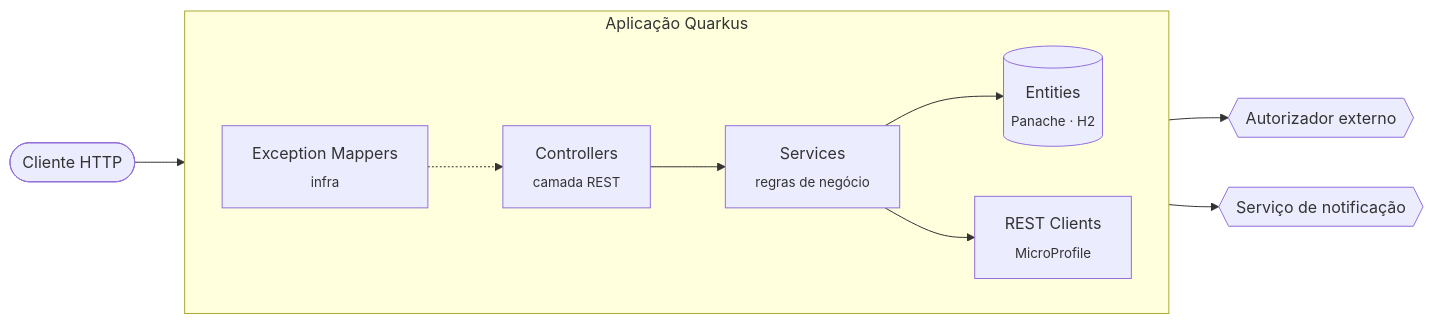
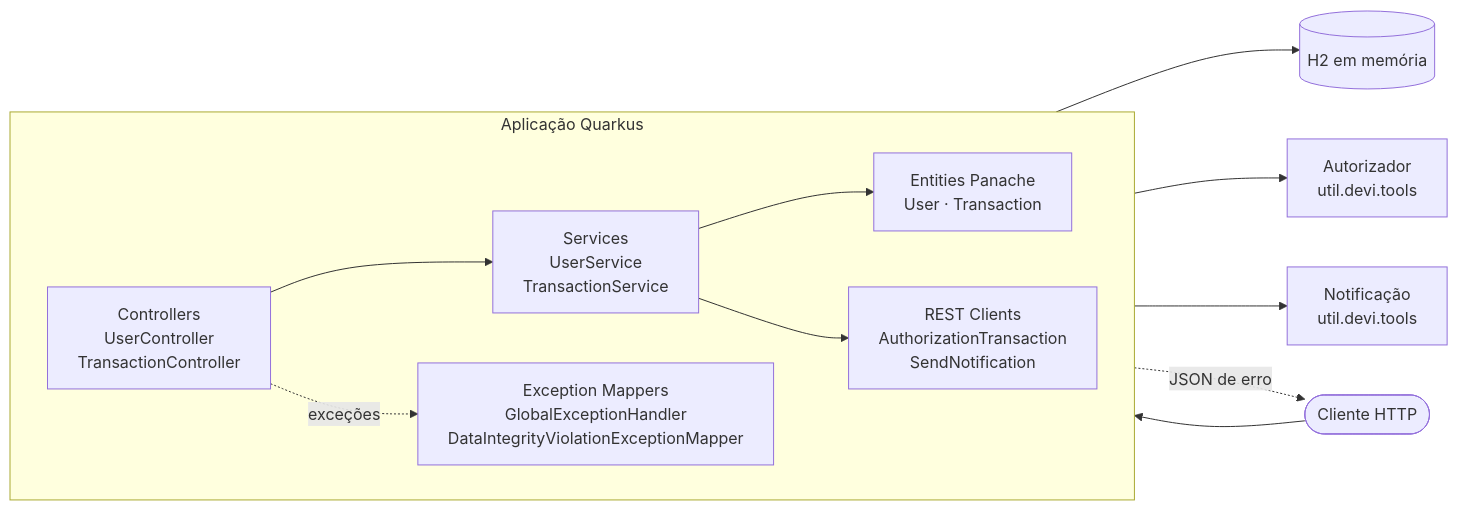
Before and after one commit to WhallysonGGDS/Desafio-picpay-quarkus: the first of 3 diagrams in README.md, drawn with Mermaid. The commit also changed other lines of this file, not shown here.

````diff
--- a/README.md
+++ b/README.md
@@ -53,15 +124,27 @@
 ```mermaid
 flowchart LR
-    C([Cliente HTTP]) --> CT
+    CLI([Cliente HTTP])
 
-    subgraph API [Aplicação Quarkus]
+    subgraph APP["Aplicação Quarkus"]
         direction LR
-        CT[Controllers<br/><sub>camada REST</sub>] --> SV[Services<br/><sub>regras de negócio</sub>]
-        SV --> EN[(Entities<br/><sub>Panache · H2</sub>)]
-        SV --> RC[REST Clients<br/><sub>MicroProfile</sub>]
-        EX[Exception Mappers<br/><sub>infra</sub>] -.-> CT
+        CTRL["Controllers<br/>UserController<br/>TransactionController"]
+        SVC["Services<br/>UserService<br/>TransactionService"]
+        ENT["Entities Panache<br/>User · Transaction"]
+        RC["REST Clients<br/>AuthorizationTransaction<br/>SendNotification"]
+        EXC["Exception Mappers<br/>GlobalExceptionHandler<br/>DataIntegrityViolationExceptionMapper"]
     end
 
-    RC --> AU{{Autorizador externo}}
-    RC --> NT{{Serviço de notificação}}
+    DB[("H2 em memória")]
+    AUT["Autorizador<br/>util.devi.tools"]
+    NOT["Notificação<br/>util.devi.tools"]
+
+    CLI --> CTRL
+    CTRL --> SVC
+    SVC --> ENT
+    ENT --> DB
+    SVC --> RC
+    RC --> AUT
+    RC --> NOT
+    CTRL -. exceções .-> EXC
+    EXC -. JSON de erro .-> CLI
 ```
````
